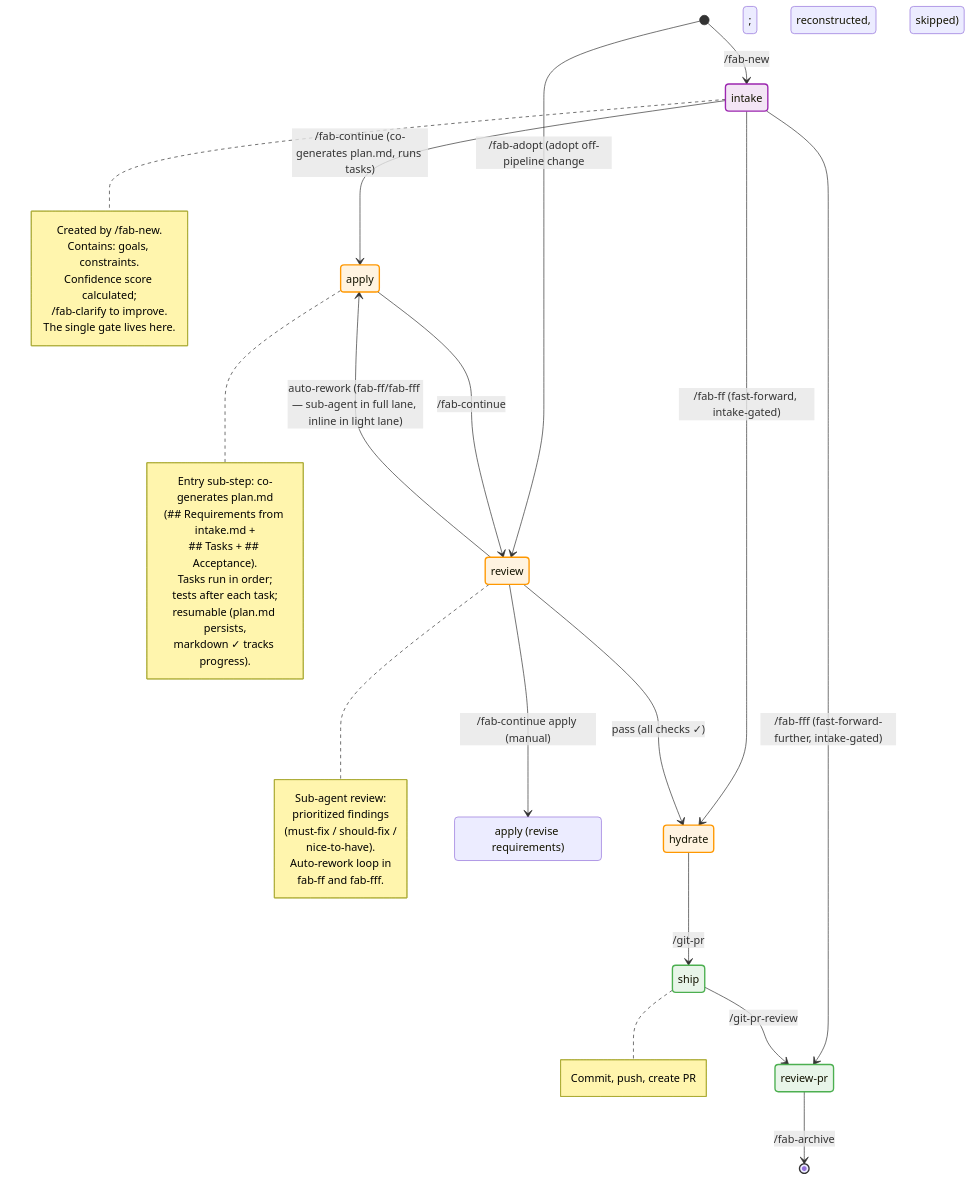
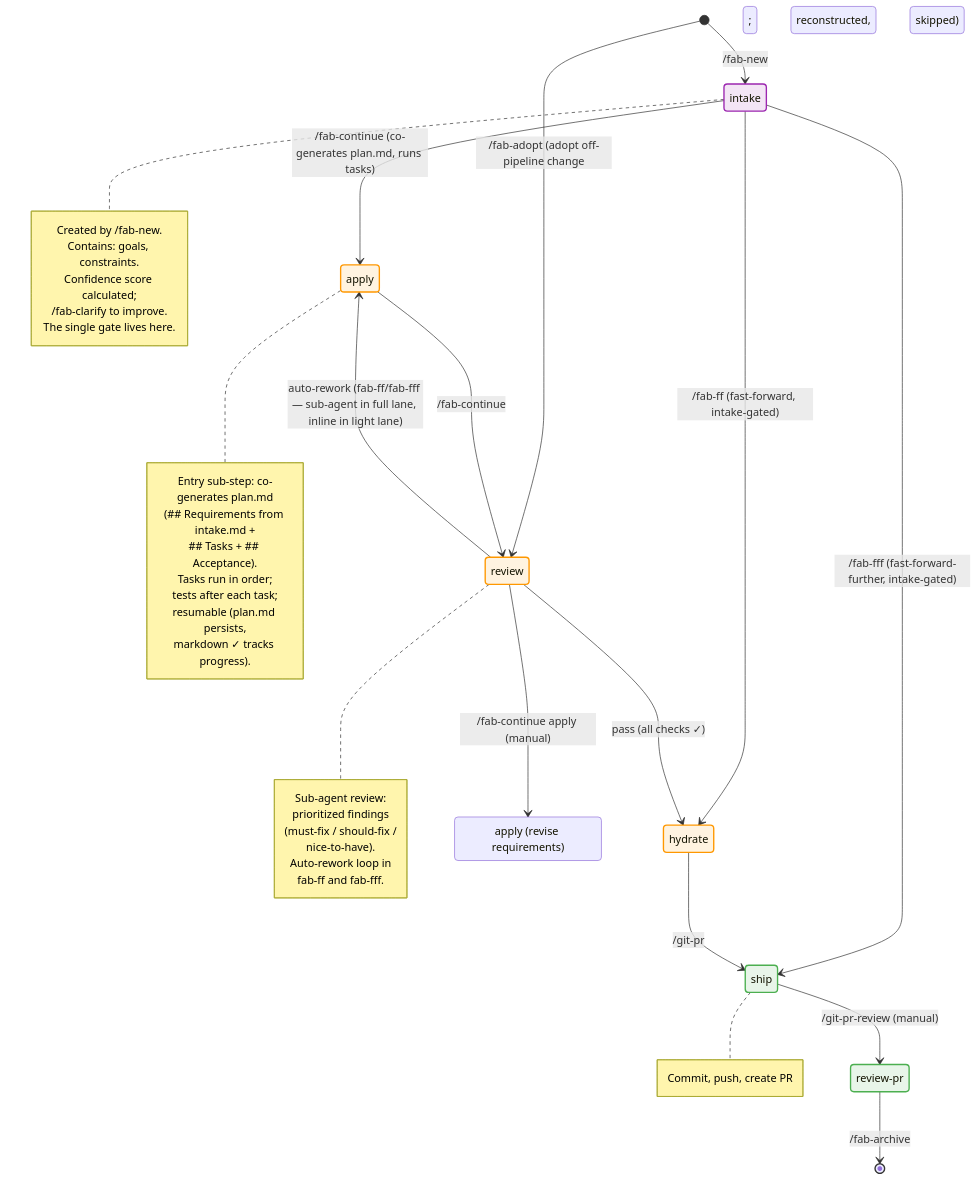
Before and after one commit to sahil87/fab-kit: the third of 4 diagrams in docs/specs/user-flow.md, drawn with Mermaid. The commit also changed other lines of this file and 53 other files, not shown here.

First line of the commit message:
refactor: retire review-pr as a pipeline stage — ship becomes terminal

````diff
--- a/docs/specs/user-flow.md
+++ b/docs/specs/user-flow.md
@@ -97,66 +98,66 @@
 ```mermaid
 stateDiagram-v2
     direction TB
 
     [*] --> intake: /fab-new
     [*] --> review: /fab-adopt (adopt off-pipeline change; intake reconstructed, apply skipped)
 
     intake --> apply: /fab-continue (co-generates plan.md, runs tasks)
     intake --> hydrate: /fab-ff (fast-forward, intake-gated)
-    intake --> review_pr: /fab-fff (fast-forward-further, intake-gated)
+    intake --> ship: /fab-fff (fast-forward-further, intake-gated)
 
     apply --> review: /fab-continue
 
     review --> hydrate: pass (all checks ✓)
     review --> apply: auto-rework (fab-ff/fab-fff — sub-agent in full lane, inline in light lane)
     review --> earlier_stage: /fab-continue apply (manual)
 
     state "apply (revise requirements)" as earlier_stage
 
     hydrate --> ship: /git-pr
-    ship --> review_pr: /git-pr-review
+    ship --> review_pr: /git-pr-review (manual)
     review_pr --> [*]: /fab-archive
 
     state "review-pr" as review_pr
 
     note right of intake
         Created by /fab-new.
         Contains: goals, constraints.
         Confidence score calculated;
         /fab-clarify to improve.
         The single gate lives here.
     end note
 
     note right of apply
         Entry sub-step: co-generates plan.md
         (## Requirements from intake.md +
         ## Tasks + ## Acceptance).
         Tasks run in order;
         tests after each task;
         resumable (plan.md persists,
         markdown ✓ tracks progress).
     end note
 
     note right of review
         Sub-agent review:
         prioritized findings
         (must-fix / should-fix /
         nice-to-have).
         Auto-rework loop in
         fab-ff and fab-fff.
     end note
 
     note right of ship
         Commit, push, create PR
     end note
 
     %% Styles
     classDef planning fill:#e8f4f8,stroke:#2196F3,stroke-width:2px
     classDef execution fill:#fff3e0,stroke:#FF9800,stroke-width:2px
     classDef shipping fill:#e8f5e9,stroke:#4CAF50,stroke-width:2px
     classDef input fill:#f3e5f5,stroke:#9C27B0,stroke-width:2px
 
     class intake input
     class apply,review,hydrate execution
     class ship,review_pr shipping
 ```
````
